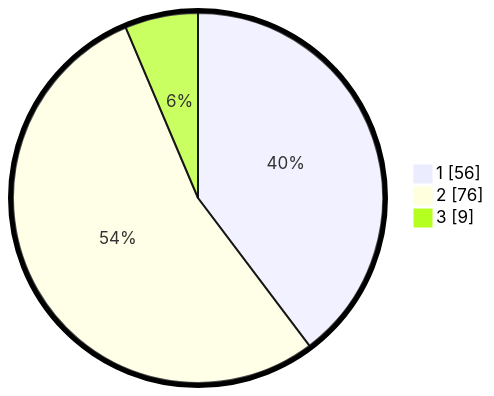
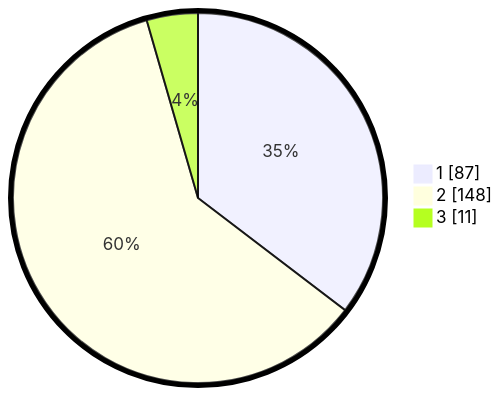
One commit to gigit-pemilu/pemilu-2024-62-kalimantan-tengah changed the second of 2 diagrams in pilpres/hitung-suara/sub/62-kalimantan-tengah/sub/71-kota-palangkaraya/sub/01-pahandut/sub/1005-pahandut-seberang/sub/012-tps/README.md. Above: the diagram before and after it, drawn with Mermaid. The commit also changed other lines of this file and 213 other files, not shown here.

````diff
--- a/pilpres/hitung-suara/sub/62-kalimantan-tengah/sub/71-kota-palangkaraya/sub/01-pahandut/sub/1005-pahandut-seberang/sub/012-tps/README.md
+++ b/pilpres/hitung-suara/sub/62-kalimantan-tengah/sub/71-kota-palangkaraya/sub/01-pahandut/sub/1005-pahandut-seberang/sub/012-tps/README.md
@@ -13,7 +13,7 @@
 ```mermaid
 %%{init: {"pie": {"textPosition": 0.5}, "themeVariables": {"pieOuterStrokeWidth": "5px"}} }%%
 pie showData
-    "1" : 56
-    "2" : 76
-    "3" : 9
+    "1" : 87
+    "2" : 148
+    "3" : 11
 ```
````
